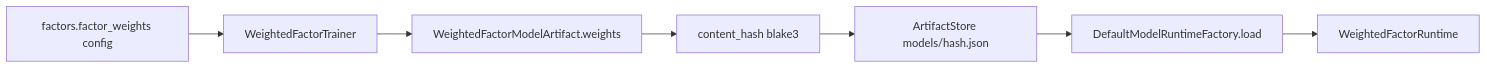
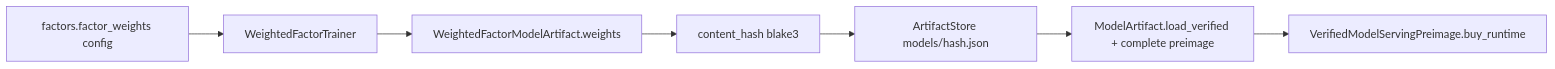
One commit to solomon-ssy/oxide-arb changed the diagram in docs/plans/quant-pivot/phase-03/03.6-trainer-classical-ml-backtest.md. Above: the diagram before and after it, drawn with Mermaid. The commit also changed 288 other files, not shown here.

Commit message:
feat(core,models,research,repository,migration,web,system-tests,docs): 🧬 Seal model-serving plane — immutable factor catalog, serving registry, feedback-cycle persistence, and drop factor governance overlays

````diff
--- a/docs/plans/quant-pivot/phase-03/03.6-trainer-classical-ml-backtest.md
+++ b/docs/plans/quant-pivot/phase-03/03.6-trainer-classical-ml-backtest.md
@@ -223,9 +223,9 @@
 ```mermaid
 flowchart LR
   cfg[factors.factor_weights config] --> trainer[WeightedFactorTrainer]
   trainer --> artifact[WeightedFactorModelArtifact.weights]
   artifact --> hash[content_hash blake3]
   hash --> store[ArtifactStore models/hash.json]
-  store --> factory[DefaultModelRuntimeFactory.load]
-  factory --> runtime[WeightedFactorRuntime]
+  store --> preimage[ModelArtifact.load_verified + complete preimage]
+  preimage --> runtime[VerifiedModelServingPreimage.buy_runtime]
 ```
````
